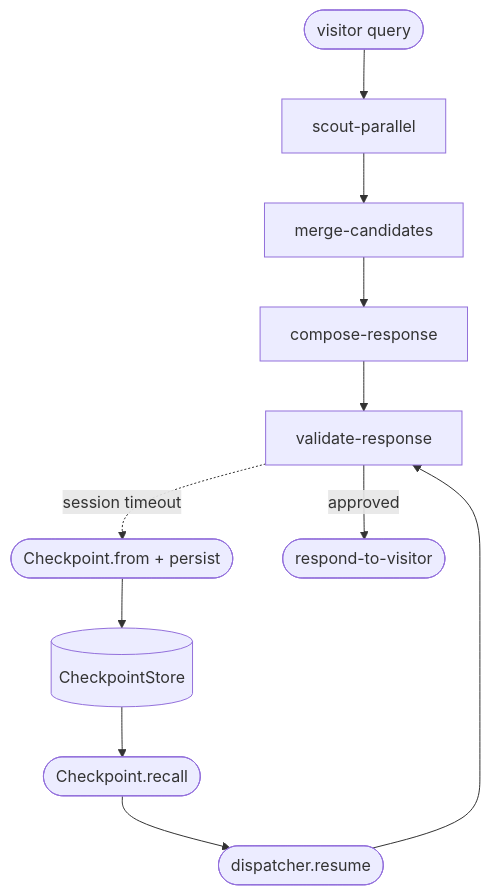
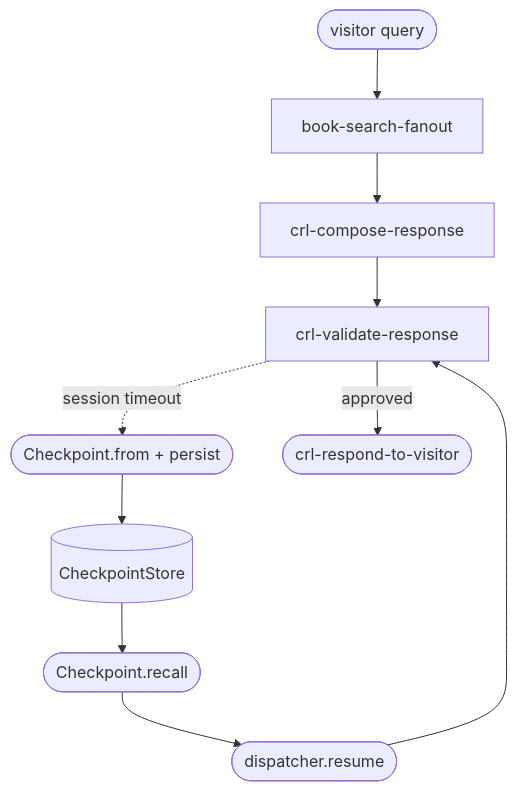
The diagram in docs/examples/08-checkpoint.md (Studnicky/Dagonizer), drawn with Mermaid before and after one commit. The commit also changed other lines of this file and 26 other files, not shown here.

````diff
--- a/docs/examples/08-checkpoint.md
+++ b/docs/examples/08-checkpoint.md
@@ -12,23 +14,21 @@
 ```mermaid
 flowchart TB
   start([visitor query])
-  scouts[scout-parallel]
-  merge[merge-candidates]
-  compose[compose-response]
-  validate[validate-response]
+  scouts[book-search-fanout]
+  compose[crl-compose-response]
+  validate[crl-validate-response]
   ckpt([Checkpoint.from + persist])
   store[(CheckpointStore)]
   recall([Checkpoint.recall])
   resume([dispatcher.resume])
-  respond([respond-to-visitor])
+  respond([crl-respond-to-visitor])
   start --> scouts
-  scouts --> merge
-  merge --> compose
+  scouts --> compose
   compose --> validate
   validate -. session timeout .-> ckpt
   ckpt --> store
   store --> recall
   recall --> resume
   resume --> validate
   validate -->|approved| respond
 ```
````
